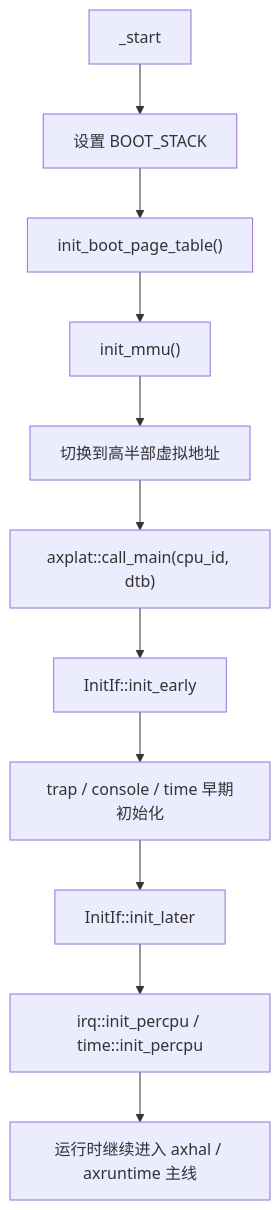
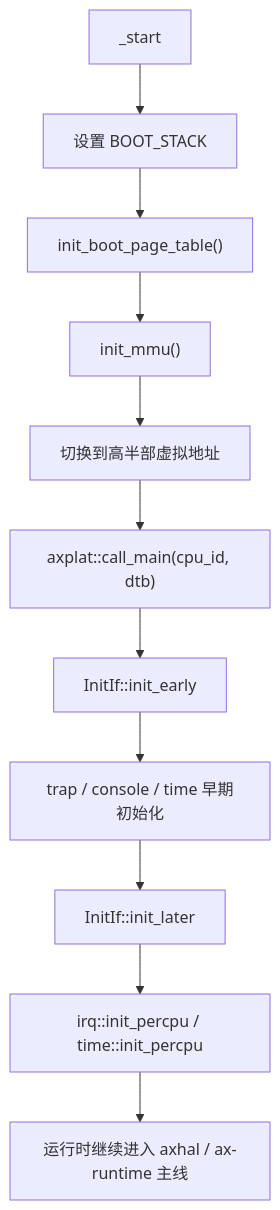
The first of 3 diagrams in docs/crates/axplat-riscv64-qemu-virt.md (XTH852456/tgoskits), drawn with Mermaid before and after one commit. The commit also changed other lines of this file and 69 other files, not shown here.

Commit message:
rename axruntime to ax-runtime

````diff
--- a/docs/crates/axplat-riscv64-qemu-virt.md
+++ b/docs/crates/axplat-riscv64-qemu-virt.md
@@ -43,13 +43,13 @@
 ```mermaid
 flowchart TD
     A["_start"] --> B["设置 BOOT_STACK"]
     B --> C["init_boot_page_table()"]
     C --> D["init_mmu()"]
     D --> E["切换到高半部虚拟地址"]
     E --> F["axplat::call_main(cpu_id, dtb)"]
     F --> G["InitIf::init_early"]
     G --> H["trap / console / time 早期初始化"]
     H --> I["InitIf::init_later"]
     I --> J["irq::init_percpu / time::init_percpu"]
-    J --> K["运行时继续进入 axhal / axruntime 主线"]
+    J --> K["运行时继续进入 axhal / ax-runtime 主线"]
 ```
````
